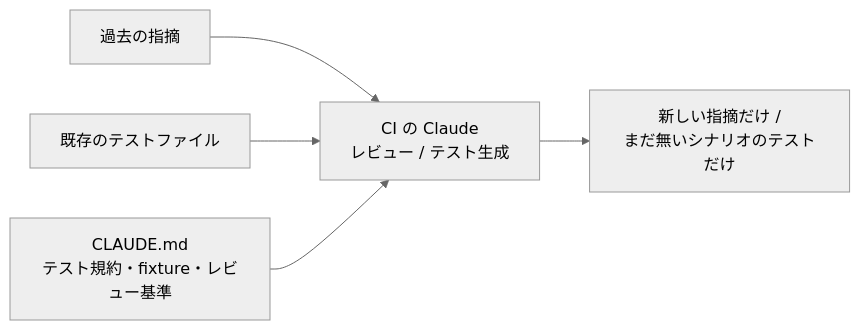
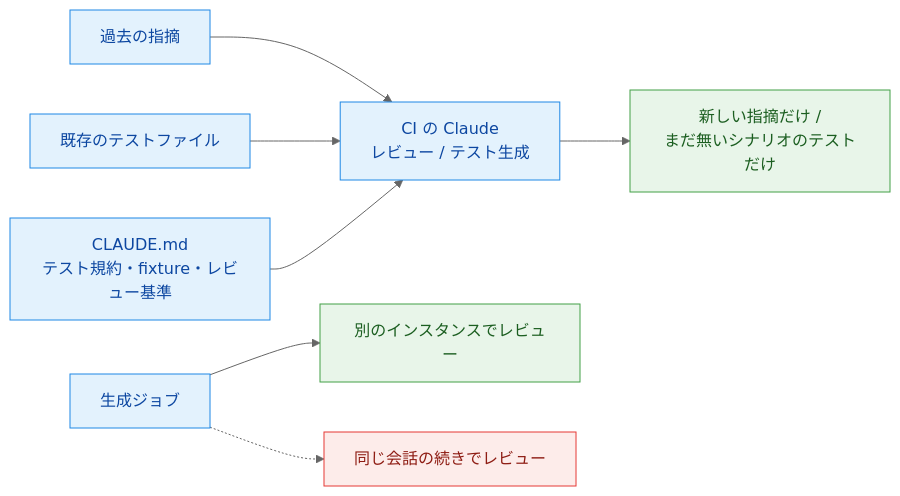
The diagram in ccaf/notes/03-claude-code/ci-review-test-quality.md (yuya-take/yuya-exam-notes), drawn with Mermaid (neutral theme) before and after one commit. The commit also changed other lines of this file and 50 other files, not shown here.

````diff
--- a/ccaf/notes/03-claude-code/ci-review-test-quality.md
+++ b/ccaf/notes/03-claude-code/ci-review-test-quality.md
@@ -12,7 +12,15 @@
 ```mermaid
 flowchart LR
-  P[過去の指摘] --> R[CI の Claude<br>レビュー / テスト生成]
+  P[過去の指摘] --> R["CI の Claude<br>レビュー / テスト生成"]
   T[既存のテストファイル] --> R
-  C[CLAUDE.md<br>テスト規約・fixture・レビュー基準] --> R
-  R --> O[新しい指摘だけ /<br>まだ無いシナリオのテストだけ]
+  C["CLAUDE.md<br>テスト規約・fixture・レビュー基準"] --> R
+  R --> O["新しい指摘だけ /<br>まだ無いシナリオのテストだけ"]
+  G[生成ジョブ] --> V[別のインスタンスでレビュー]
+  G -.-> X[同じ会話の続きでレビュー]
+  classDef run fill:#e3f2fd,stroke:#1e88e5,color:#0d47a1
+  classDef done fill:#e8f5e9,stroke:#43a047,color:#1b5e20
+  classDef ng fill:#fdecea,stroke:#e53935,color:#8e1c13
+  class P,T,C,R,G run
+  class O,V done
+  class X ng
 ```
````
